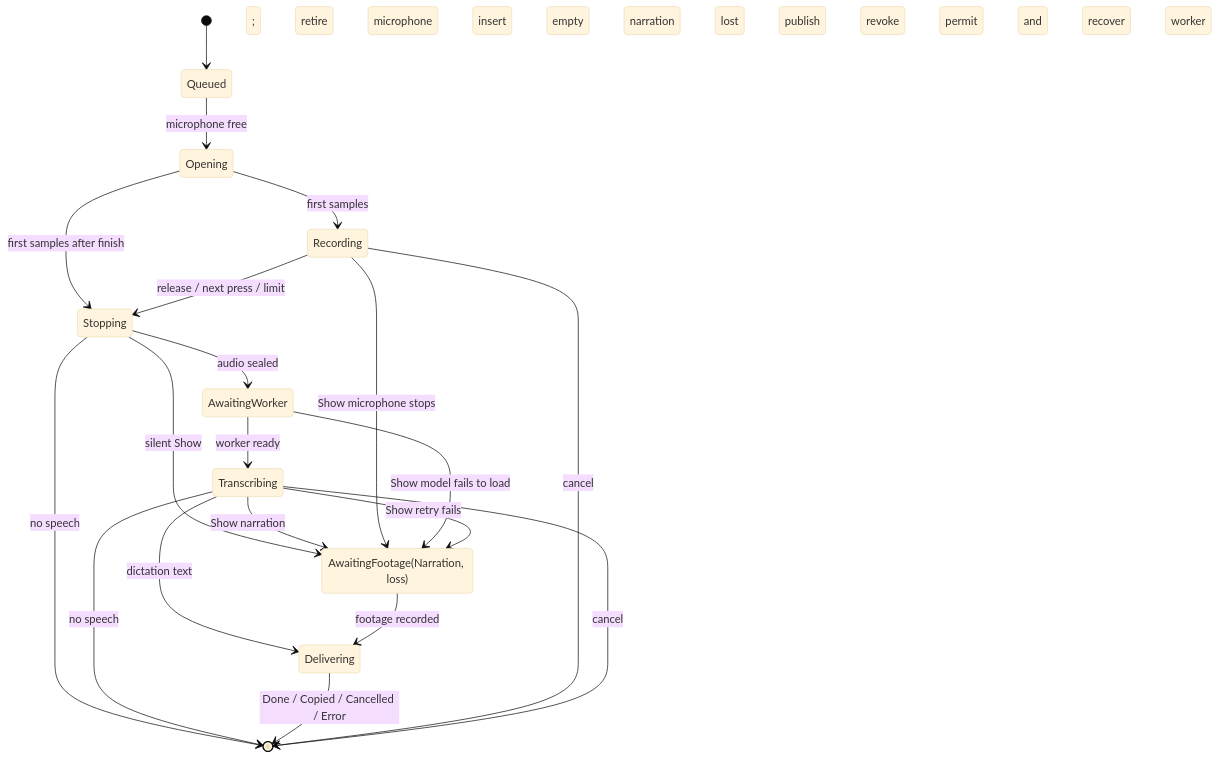
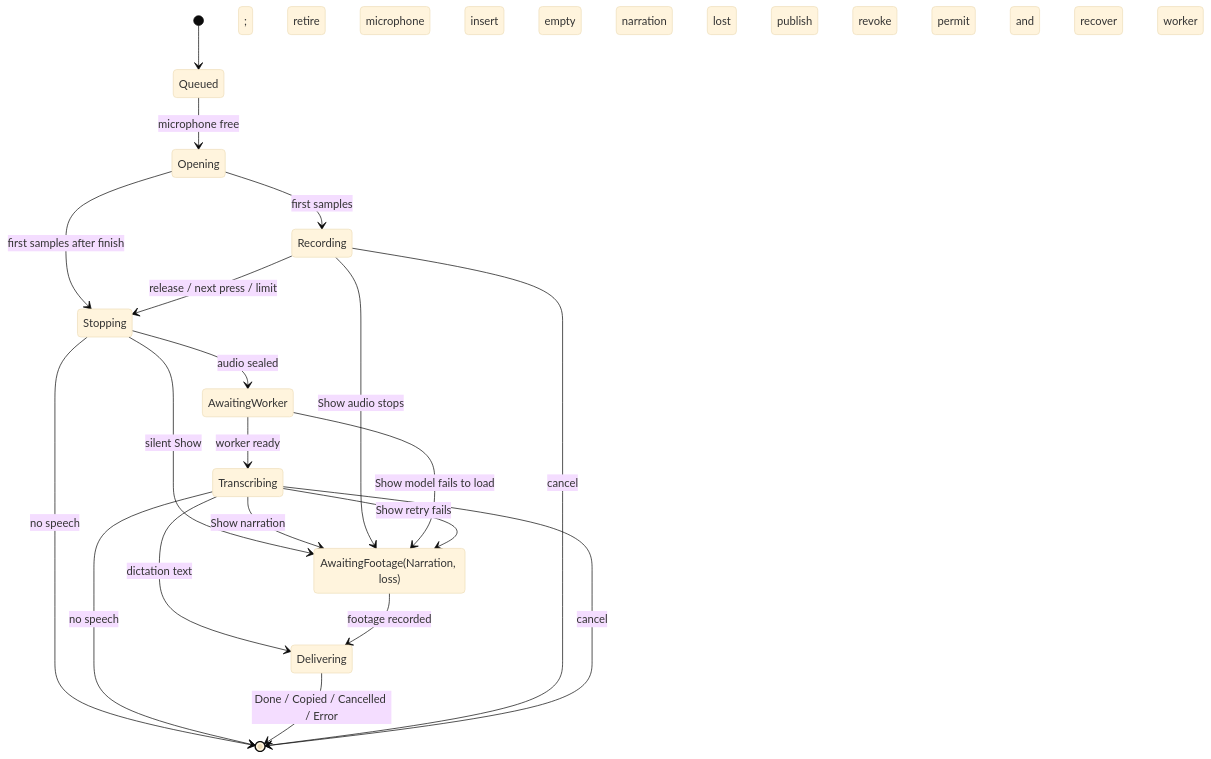
One commit to KrishRVH/speakeasy changed the second of 2 diagrams in docs/architecture.md. Above: the diagram before and after it, drawn with Mermaid (base theme). The commit also changed other lines of this file and 8 other files, not shown here.

First line of the commit message:
fix(show): say audio capture stopped a Show where it ended

````diff
--- a/docs/architecture.md
+++ b/docs/architecture.md
@@ -218,23 +218,23 @@
 ```mermaid
 stateDiagram-v2
     state "AwaitingFootage(Narration, loss)" as AwaitingFootage
     [*] --> Queued
     Queued --> Opening: microphone free
     Opening --> Recording: first samples
     Opening --> Stopping: first samples after finish
     Recording --> Stopping: release / next press / limit
     Stopping --> AwaitingWorker: audio sealed; retire microphone
     Stopping --> [*]: no speech
     AwaitingWorker --> Transcribing: worker ready
     Transcribing --> Delivering: dictation text; insert
     Transcribing --> [*]: no speech
     Stopping --> AwaitingFootage: silent Show; empty narration
     Transcribing --> AwaitingFootage: Show narration
-    Recording --> AwaitingFootage: Show microphone stops; narration lost
+    Recording --> AwaitingFootage: Show audio stops; narration lost
     AwaitingWorker --> AwaitingFootage: Show model fails to load; narration lost
     Transcribing --> AwaitingFootage: Show retry fails; narration lost
     AwaitingFootage --> Delivering: footage recorded; publish
     Delivering --> [*]: Done / Copied / Cancelled / Error
     Recording --> [*]: cancel; revoke permit and retire
     Transcribing --> [*]: cancel; revoke permit and recover worker
 ```
````
